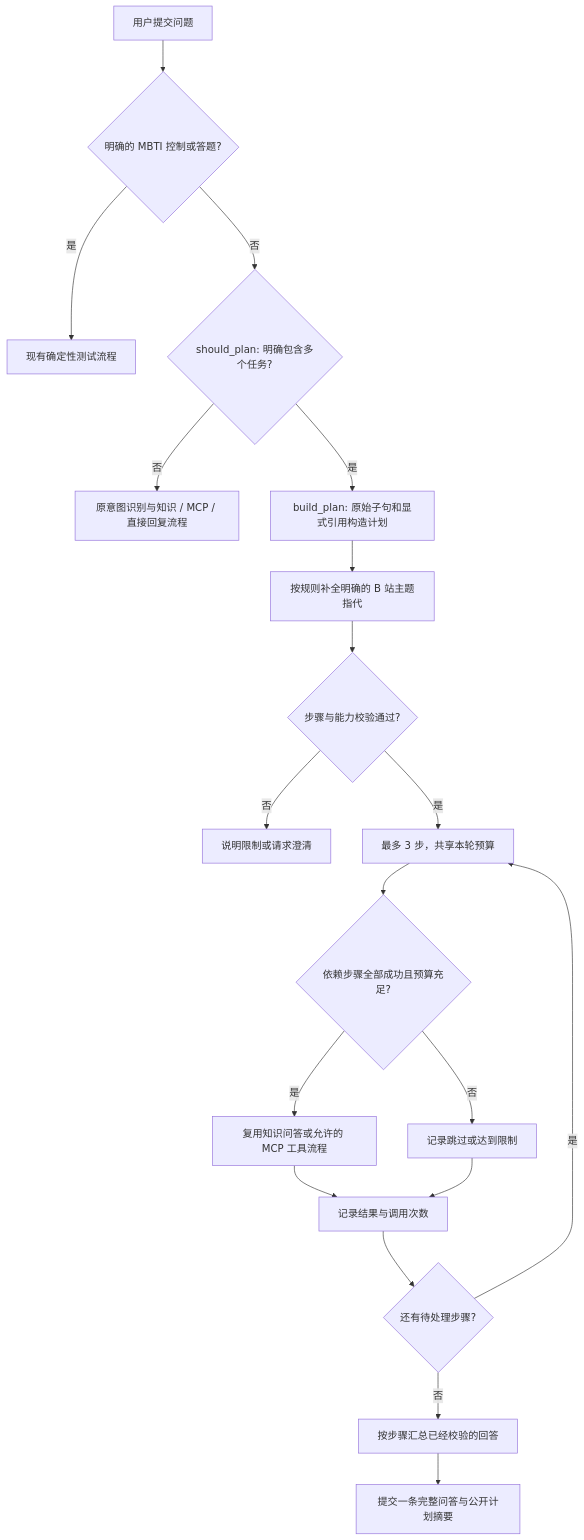
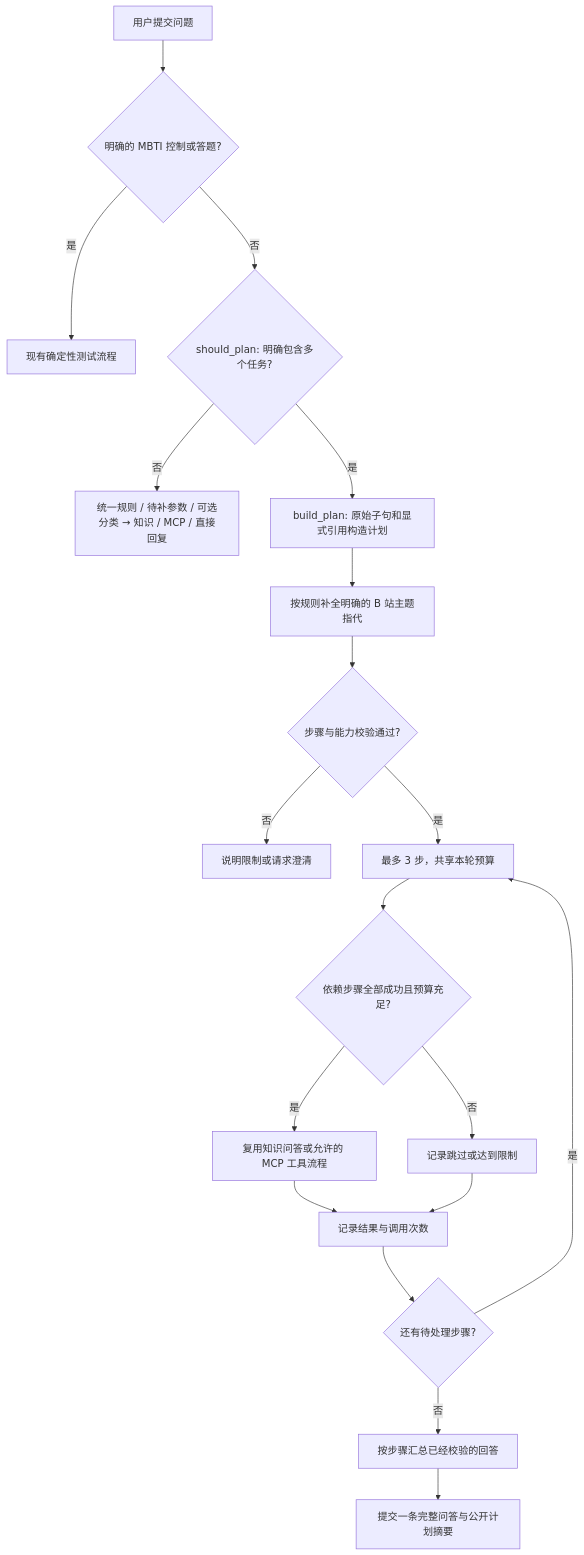
One commit to yun883251-W/person_A changed the diagram in project_docs/INTENT_PLANNING.md. Above: the diagram before and after it, drawn with Mermaid. The commit also changed other lines of this file and 20 other files, not shown here.

First line of the commit message:
统一意图识别到 dialogue 包，修复 B 站跨轮补主题

````diff
--- a/project_docs/INTENT_PLANNING.md
+++ b/project_docs/INTENT_PLANNING.md
@@ -39,21 +40,21 @@
 ```mermaid
 flowchart TD
     A[用户提交问题] --> B{明确的 MBTI 控制或答题?}
     B -- 是 --> C[现有确定性测试流程]
     B -- 否 --> D{should_plan: 明确包含多个任务?}
-    D -- 否 --> E[原意图识别与知识 / MCP / 直接回复流程]
+    D -- 否 --> E[统一规则 / 待补参数 / 可选分类 → 知识 / MCP / 直接回复]
     D -- 是 --> F[build_plan: 原始子句和显式引用构造计划]
     F --> T[按规则补全明确的 B 站主题指代]
     T --> G{步骤与能力校验通过?}
     G -- 否 --> H[说明限制或请求澄清]
     G -- 是 --> I[最多 3 步，共享本轮预算]
     I --> J{依赖步骤全部成功且预算充足?}
     J -- 是 --> K[复用知识问答或允许的 MCP 工具流程]
     J -- 否 --> L[记录跳过或达到限制]
     K --> M[记录结果与调用次数]
     L --> M
     M --> N{还有待处理步骤?}
     N -- 是 --> I
     N -- 否 --> O[按步骤汇总已经校验的回答]
     O --> P[提交一条完整问答与公开计划摘要]
 ```
````
